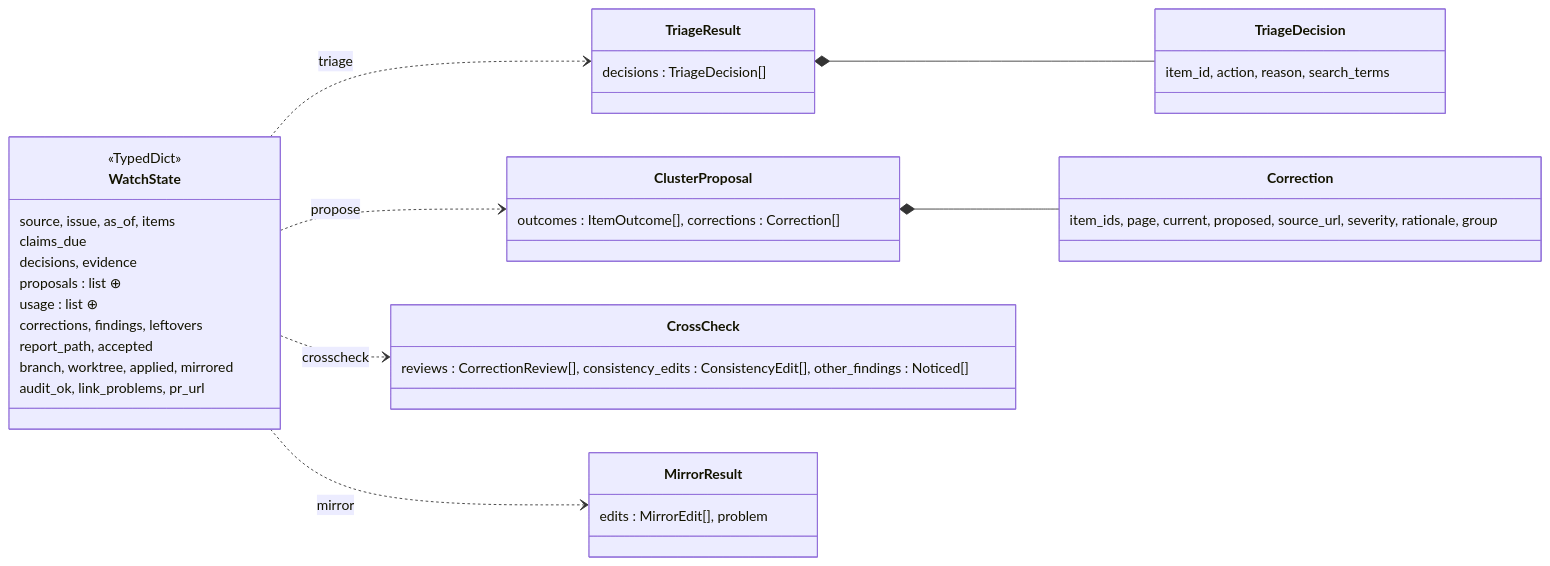
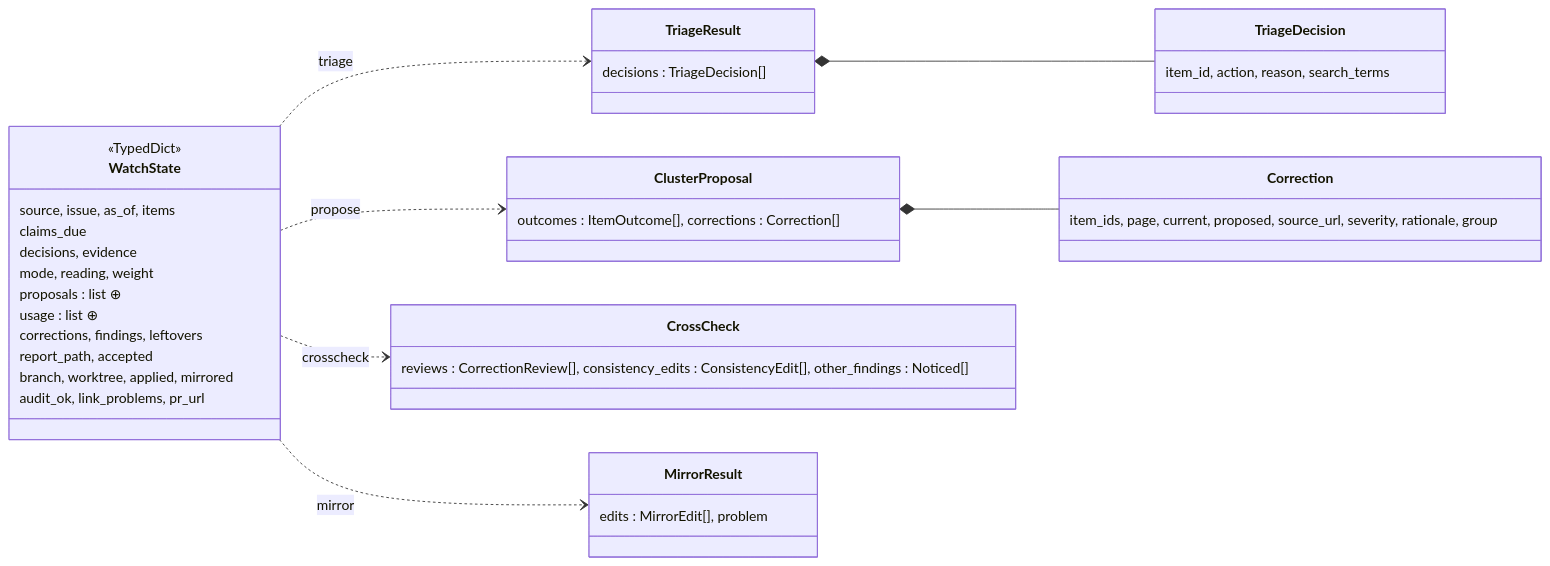
Before and after one commit to DamienBecherini/vault-watch-agent: the third of 6 diagrams in docs/code.fr.md, drawn with Mermaid. The commit also changed other lines of this file and 27 other files, not shown here.

````diff
--- a/docs/code.fr.md
+++ b/docs/code.fr.md
@@ -151,28 +161,29 @@
 ```mermaid
 classDiagram
   direction LR
   class WatchState {
     <<TypedDict>>
     source, issue, as_of, items
     claims_due
     decisions, evidence
+    mode, reading, weight
     proposals : list ⊕
     usage : list ⊕
     corrections, findings, leftovers
     report_path, accepted
     branch, worktree, applied, mirrored
     audit_ok, link_problems, pr_url
   }
   class TriageResult { decisions : TriageDecision[] }
   class TriageDecision { item_id, action, reason, search_terms }
   class ClusterProposal { outcomes : ItemOutcome[], corrections : Correction[] }
   class Correction { item_ids, page, current, proposed, source_url, severity, rationale, group }
   class CrossCheck { reviews : CorrectionReview[], consistency_edits : ConsistencyEdit[], other_findings : Noticed[] }
   class MirrorResult { edits : MirrorEdit[], problem }
   TriageResult *-- TriageDecision
   ClusterProposal *-- Correction
   WatchState ..> TriageResult : triage
   WatchState ..> ClusterProposal : propose
   WatchState ..> CrossCheck : crosscheck
   WatchState ..> MirrorResult : mirror
 ```
````
